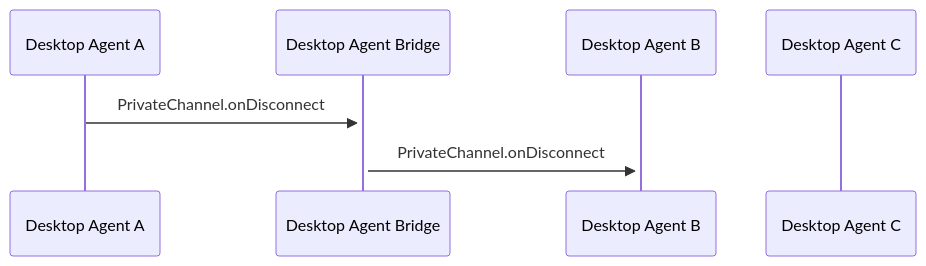
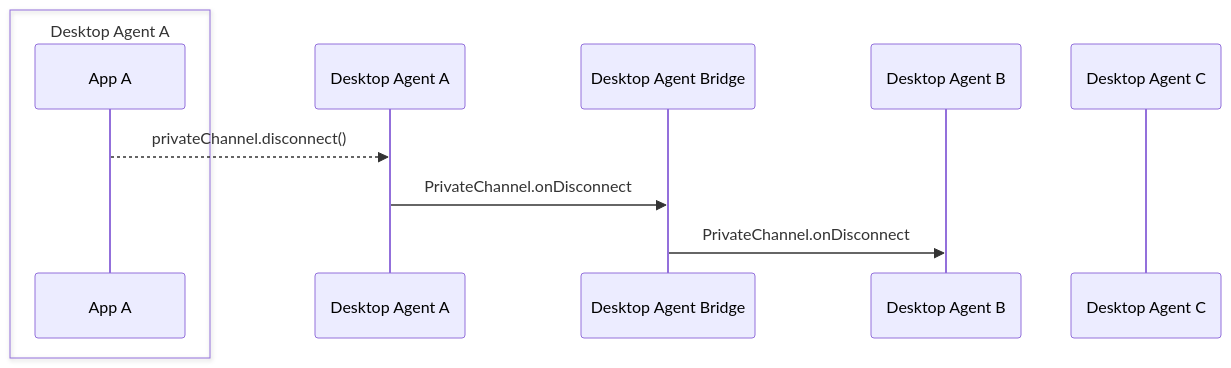
One commit to InteropIO/FDC3 changed the diagram in docs/agent-bridging/ref/PrivateChannel.onDisconnect.md. Above: the diagram before and after it, drawn with Mermaid. The commit also changed 12 other files, not shown here.

Commit message:
Add the app to each reference page mermaid diagram to clarify how message exchanges work

````diff
--- a/docs/agent-bridging/ref/PrivateChannel.onDisconnect.md
+++ b/docs/agent-bridging/ref/PrivateChannel.onDisconnect.md
@@ -23,9 +23,13 @@
 ```mermaid
 sequenceDiagram
+    box Desktop Agent A
+    participant AA as App A
+    end
     participant DA as Desktop Agent A
     participant DAB as Desktop Agent Bridge
     participant DB as Desktop Agent B
     participant DC as Desktop Agent C
-    DA ->>+ DAB: PrivateChannel.onDisconnect
-    DAB ->>+ DB: PrivateChannel.onDisconnect
+    AA -->> DA: privateChannel.disconnect()
+    DA ->> DAB: PrivateChannel.onDisconnect
+    DAB ->> DB: PrivateChannel.onDisconnect
 ```
````
